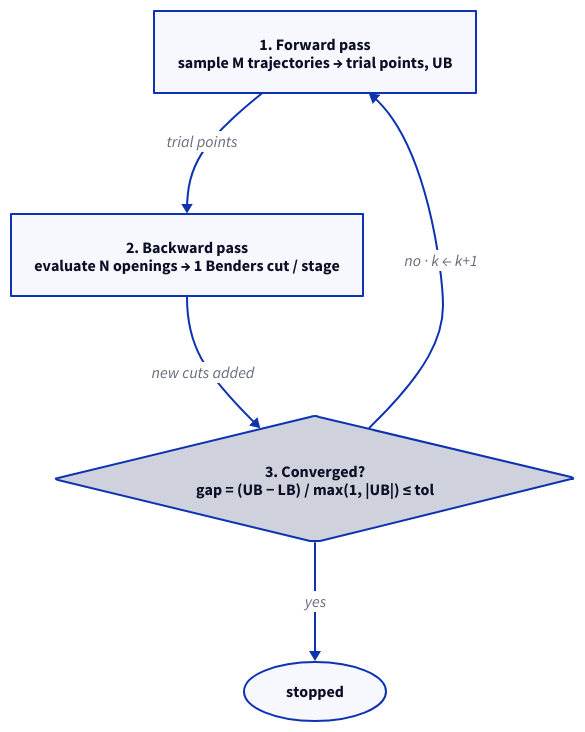
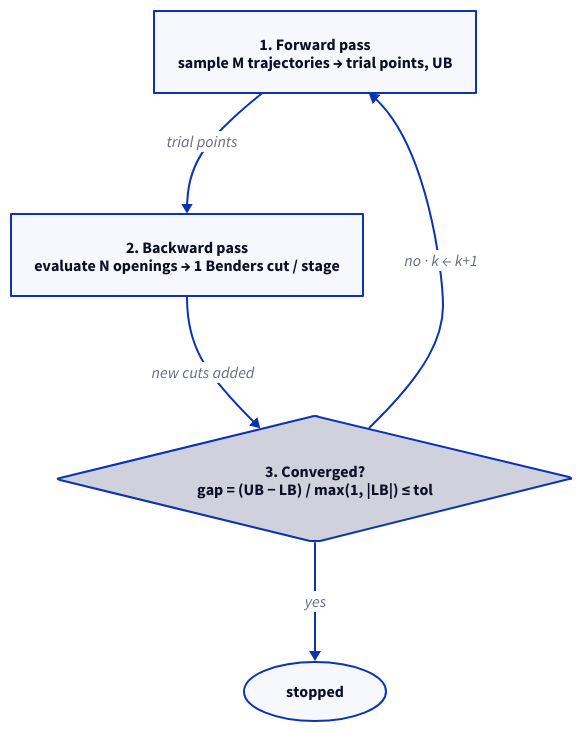
Before and after one commit to cobre-rs/cobre-docs: the first of 2 diagrams in src/content/docs/math/sddp-algorithm.mdx, drawn with D2. The commit also changed other lines of this file and 7 other files, not shown here.

````diff
--- a/src/content/docs/math/sddp-algorithm.mdx
+++ b/src/content/docs/math/sddp-algorithm.mdx
@@ -55,13 +55,13 @@
 ```d2
 direction: down
 
 fwd: "1. Forward pass\nsample M trajectories → trial points, UB" {shape: rectangle}
 bwd: "2. Backward pass\nevaluate N openings → 1 Benders cut / stage" {shape: rectangle}
-conv: "3. Converged?\ngap = (UB − LB) / max(1, |UB|) ≤ tol" {shape: diamond}
+conv: "3. Converged?\ngap = (UB − LB) / max(1, |LB|) ≤ tol" {shape: diamond}
 done: stopped {shape: oval}
 
 fwd -> bwd: trial points
 bwd -> conv: new cuts added
 conv -> fwd: no · k ← k+1
 conv -> done: yes
 ```
````
